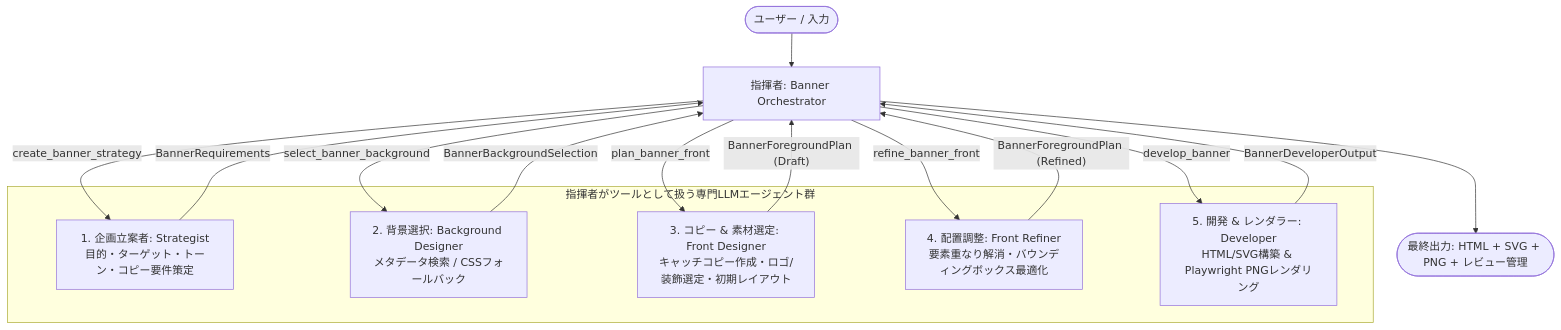
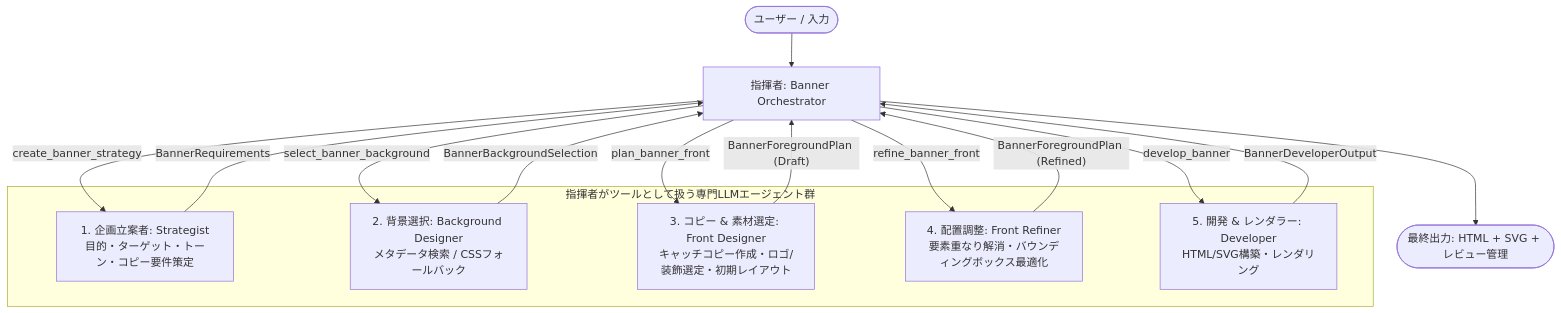
The diagram in README.md (akira-c-k/Intentionally-Retrofitted-BannerAgency), drawn with Mermaid before and after one commit. The commit also changed other lines of this file and 7 other files, not shown here.

````diff
--- a/README.md
+++ b/README.md
@@ -17,29 +17,29 @@
 ```mermaid
 flowchart TD
     User(["ユーザー / 入力"]) --> Orchestrator["指揮者: Banner Orchestrator"]
 
     subgraph LLM_Tools ["指揮者がツールとして扱う専門LLMエージェント群"]
         Strategist["1. 企画立案者: Strategist<br/>目的・ターゲット・トーン・コピー要件策定"]
         BgDesigner["2. 背景選択: Background Designer<br/>メタデータ検索 / CSSフォールバック"]
         FrontDesigner["3. コピー & 素材選定: Front Designer<br/>キャッチコピー作成・ロゴ/装飾選定・初期レイアウト"]
         FrontRefiner["4. 配置調整: Front Refiner<br/>要素重なり解消・バウンディングボックス最適化"]
-        Developer["5. 開発 & レンダラー: Developer<br/>HTML/SVG構築 & Playwright PNGレンダリング"]
+        Developer["5. 開発 & レンダラー: Developer<br/>HTML/SVG構築・レンダリング"]
     end
 
     Orchestrator -->|create_banner_strategy| Strategist
     Strategist -->|BannerRequirements| Orchestrator
 
     Orchestrator -->|select_banner_background| BgDesigner
     BgDesigner -->|BannerBackgroundSelection| Orchestrator
 
     Orchestrator -->|plan_banner_front| FrontDesigner
     FrontDesigner -->|"BannerForegroundPlan (Draft)"| Orchestrator
 
     Orchestrator -->|refine_banner_front| FrontRefiner
     FrontRefiner -->|"BannerForegroundPlan (Refined)"| Orchestrator
 
     Orchestrator -->|develop_banner| Developer
     Developer -->|BannerDeveloperOutput| Orchestrator
 
-    Orchestrator --> FinalOutput(["最終出力: HTML + SVG + PNG + レビュー管理"])
+    Orchestrator --> FinalOutput(["最終出力: HTML + SVG + レビュー管理"])
 ```
````
